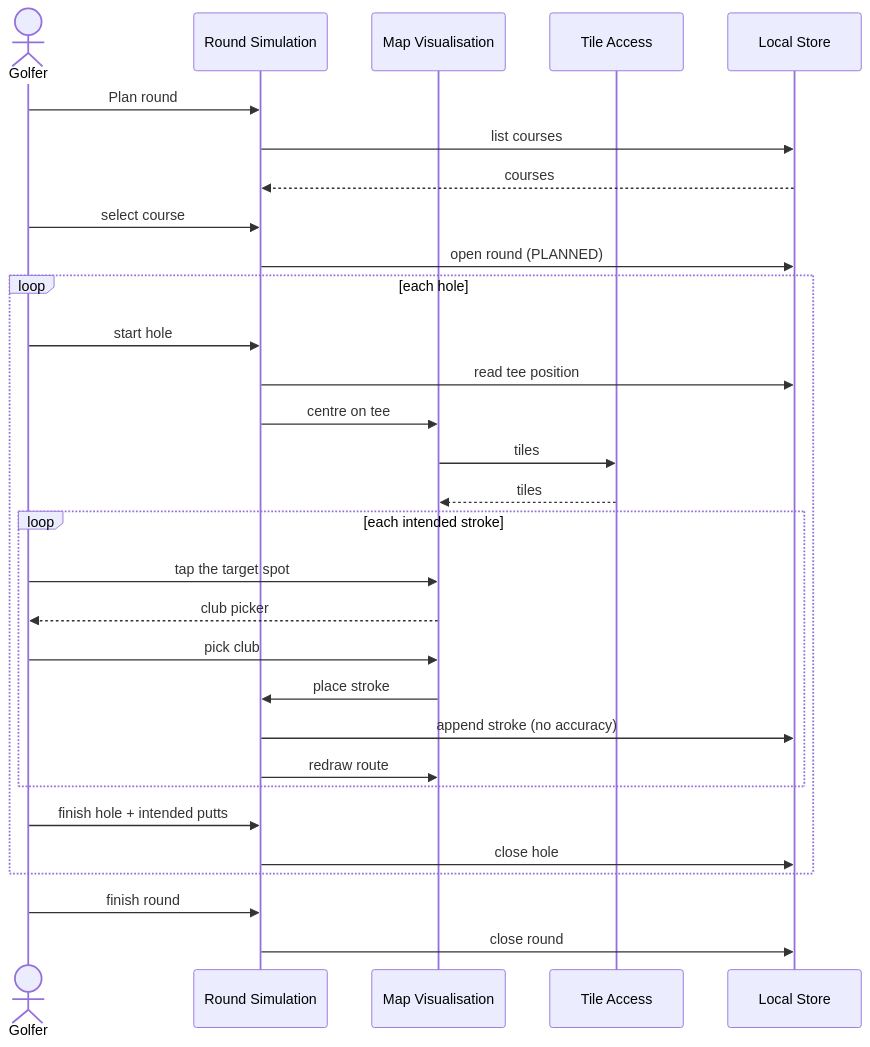
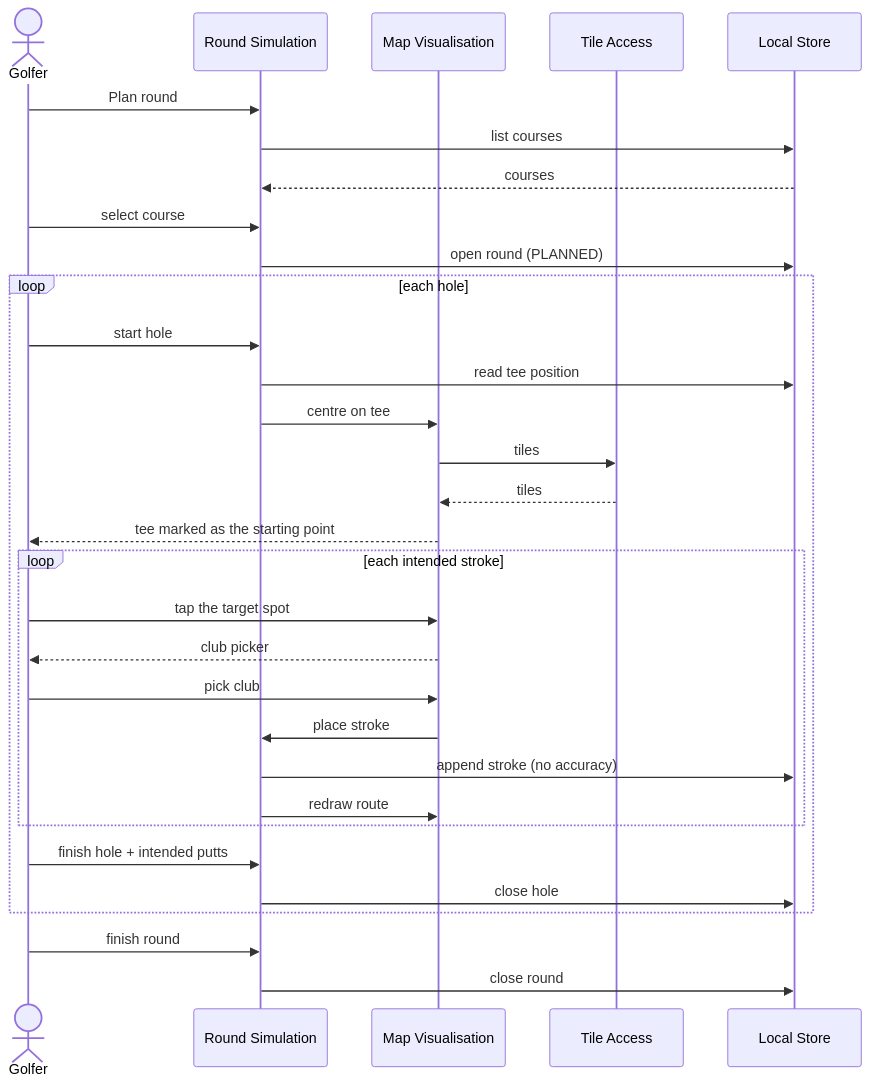
The diagram in docs/use cases/UC3-plan-round.md (roeselert/golftrainer), drawn with Mermaid before and after one commit. The commit also changed other lines of this file and 17 other files, not shown here.

````diff
--- a/docs/use cases/UC3-plan-round.md
+++ b/docs/use cases/UC3-plan-round.md
@@ -70,34 +72,35 @@
 ```mermaid
 sequenceDiagram
     actor G as Golfer
     participant S as Round Simulation
     participant M as Map Visualisation
     participant T as Tile Access
     participant D as Local Store
 
     G->>S: Plan round
     S->>D: list courses
     D-->>S: courses
     G->>S: select course
     S->>D: open round (PLANNED)
 
     loop each hole
         G->>S: start hole
         S->>D: read tee position
         S->>M: centre on tee
         M->>T: tiles
         T-->>M: tiles
+        M-->>G: tee marked as the starting point
         loop each intended stroke
             G->>M: tap the target spot
             M-->>G: club picker
             G->>M: pick club
             M->>S: place stroke
             S->>D: append stroke (no accuracy)
             S->>M: redraw route
         end
         G->>S: finish hole + intended putts
         S->>D: close hole
     end
     G->>S: finish round
     S->>D: close round
 ```
````
